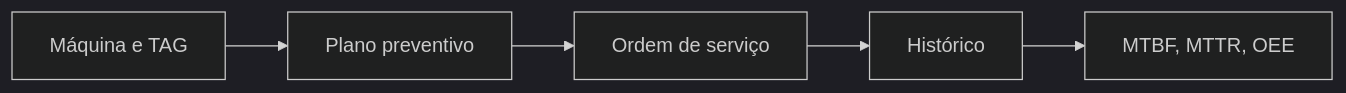
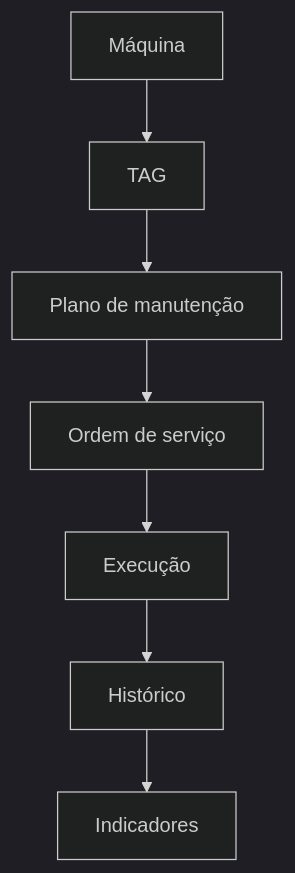
One commit to robertojeronimocunha/robertojeronimocunha changed the diagram in projects/cmms/README.md. Above: the diagram before and after it, drawn with Mermaid (dark theme). The commit also changed other lines of this file and 24 other files, not shown here.

````diff
--- a/projects/cmms/README.md
+++ b/projects/cmms/README.md
@@ -17,9 +17,9 @@
 ```mermaid
-flowchart LR
-  asset[Máquina e TAG]
-  plan[Plano preventivo]
-  wo[Ordem de serviço]
-  hist[Histórico]
-  kpi[MTBF, MTTR, OEE]
-  asset --> plan --> wo --> hist --> kpi
+flowchart TD
+  machine[Máquina] --> tag[TAG]
+  tag --> plan[Plano de manutenção]
+  plan --> wo[Ordem de serviço]
+  wo --> exec[Execução]
+  exec --> hist[Histórico]
+  hist --> kpi[Indicadores]
 ```
````
